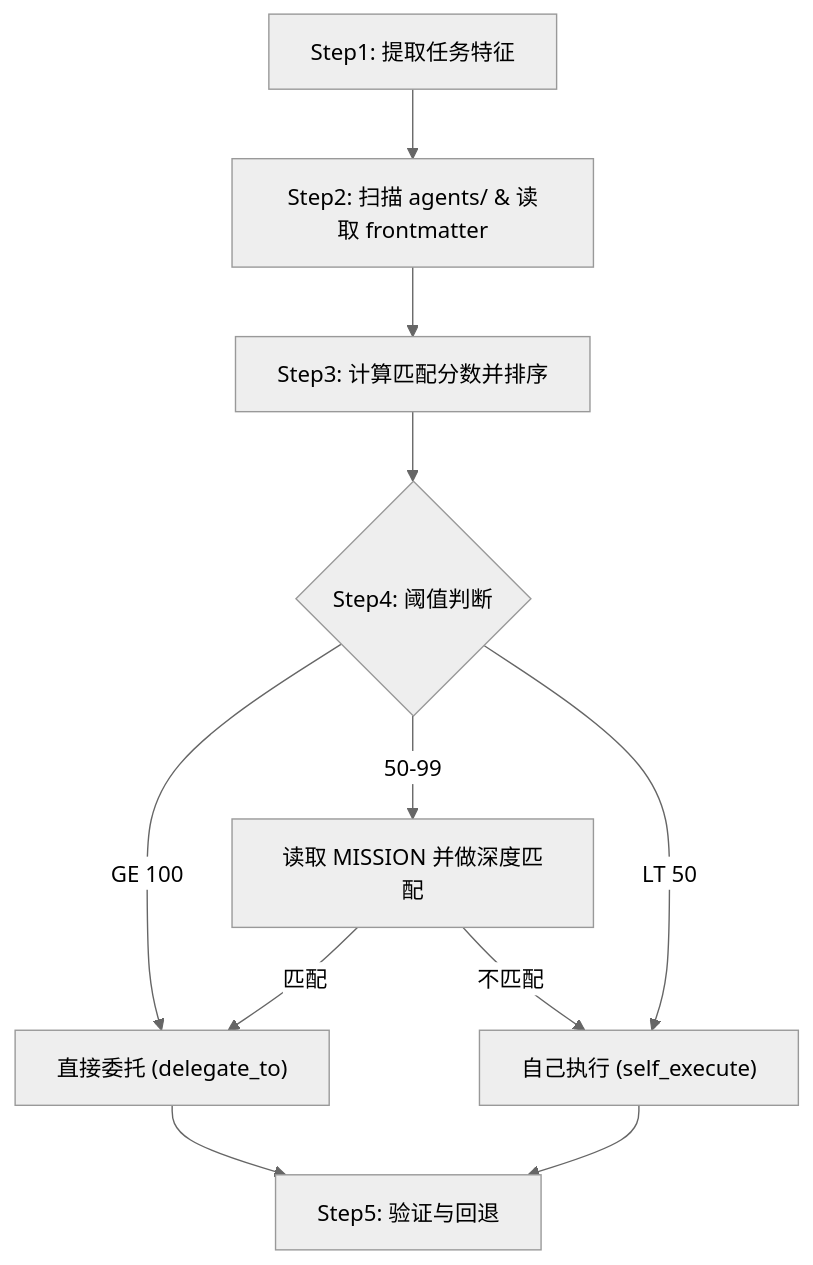
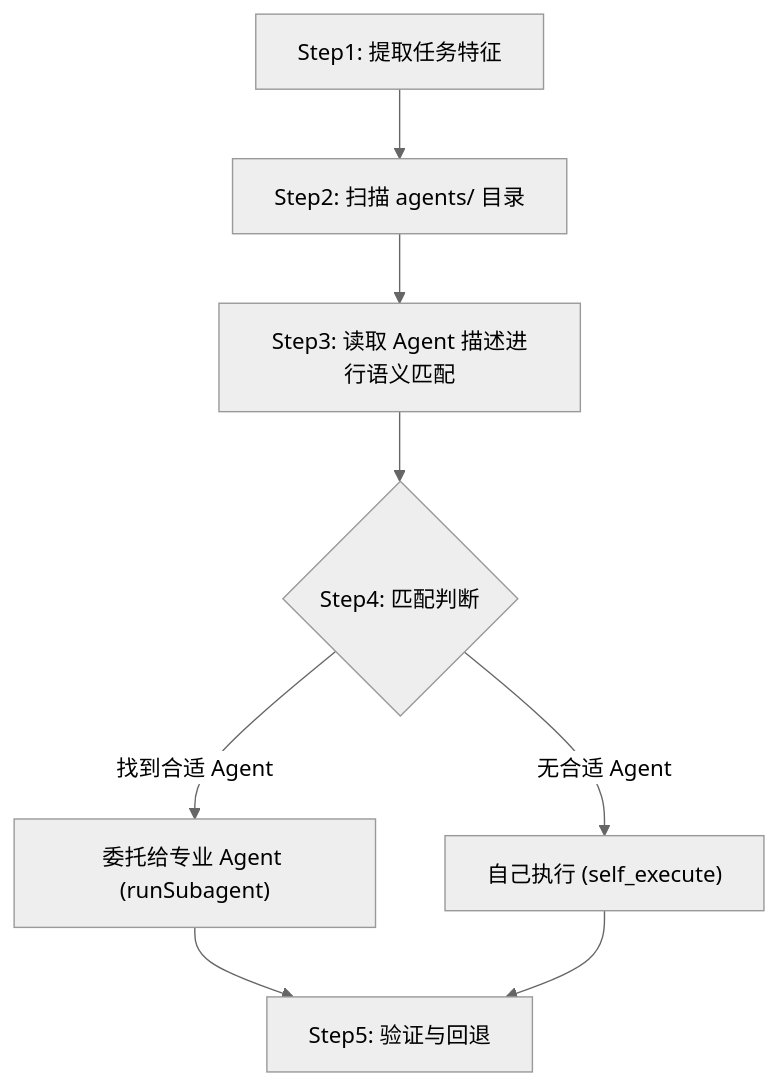
The third of 3 diagrams in agents/cortana.agent.md (hailingu/llm-prompts), drawn with Mermaid (neutral theme) before and after one commit. The commit also changed other lines of this file and 96 other files, not shown here.

````diff
--- a/agents/cortana.agent.md
+++ b/agents/cortana.agent.md
@@ -444,22 +451,18 @@
 ```mermaid
 flowchart TD
   S1[Step1: 提取任务特征]
-  S2[Step2: 扫描 agents/ & 读取 frontmatter]
-  S3[Step3: 计算匹配分数并排序]
-  S4{Step4: 阈值判断}
+  S2[Step2: 扫描 agents/ 目录]
+  S3[Step3: 读取 Agent 描述进行语义匹配]
+  S4{Step4: 匹配判断}
   S5[Step5: 验证与回退]
-  A["直接委托 (delegate_to)"]
-  B["读取 MISSION 并做深度匹配"]
+  A["委托给专业 Agent (runSubagent)"]
   C["自己执行 (self_execute)"]
 
   S1 --> S2
   S2 --> S3
   S3 --> S4
-  S4 -->|GE 100| A
-  S4 -->|50-99| B
-  B -->|匹配| A
-  B -->|不匹配| C
-  S4 -->|LT 50| C
+  S4 -->|找到合适 Agent| A
+  S4 -->|无合适 Agent| C
   A --> S5
   C --> S5
 ```
````
